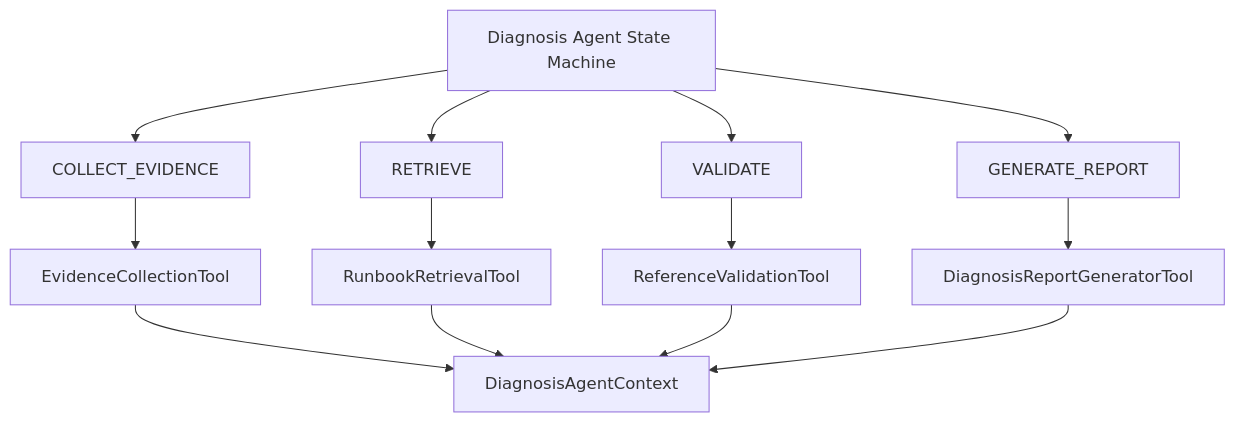
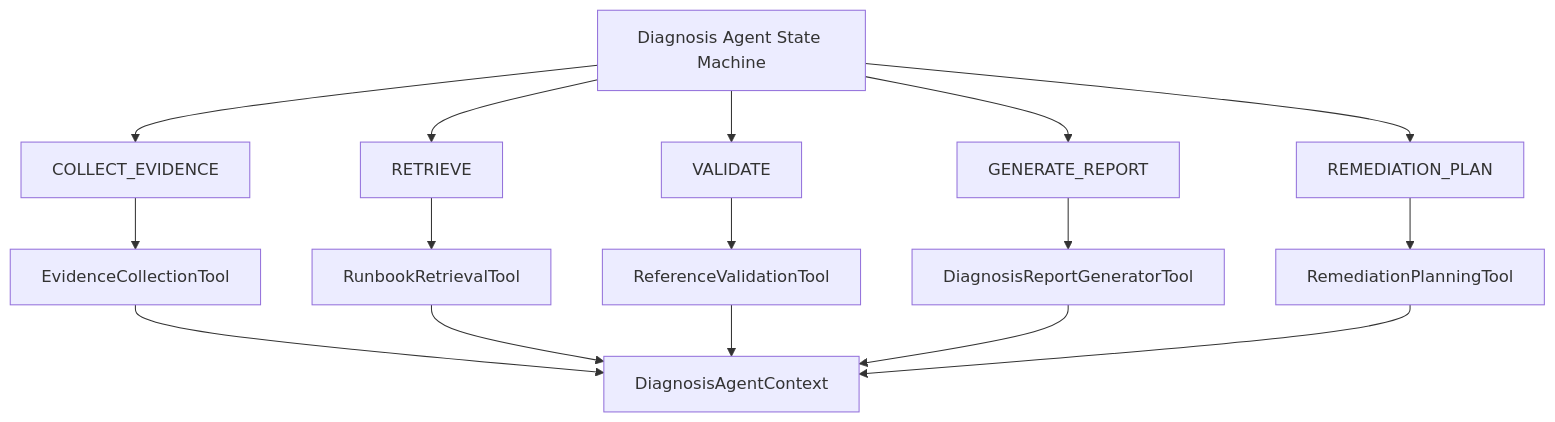
The diagram in docs/diagnosis-agent-tools.md (Godzzc/ai-faultlab), drawn with Mermaid before and after one commit. The commit also changed other lines of this file and 15 other files, not shown here.

Commit message:
feat: add remediation planning

````diff
--- a/docs/diagnosis-agent-tools.md
+++ b/docs/diagnosis-agent-tools.md
@@ -23,18 +24,21 @@
 ```mermaid
 flowchart TD
     A[Diagnosis Agent State Machine]
     A --> B[COLLECT_EVIDENCE]
     A --> C[RETRIEVE]
     A --> D[VALIDATE]
     A --> E[GENERATE_REPORT]
+    A --> F[REMEDIATION_PLAN]
 
     B --> T1[EvidenceCollectionTool]
     C --> T2[RunbookRetrievalTool]
     D --> T3[ReferenceValidationTool]
     E --> T4[DiagnosisReportGeneratorTool]
+    F --> T5[RemediationPlanningTool]
 
     T1 --> CTX[DiagnosisAgentContext]
     T2 --> CTX
     T3 --> CTX
     T4 --> CTX
+    T5 --> CTX
 ```
````
